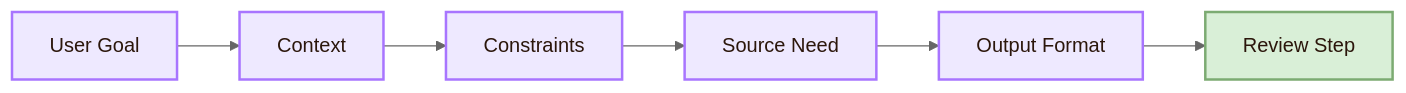
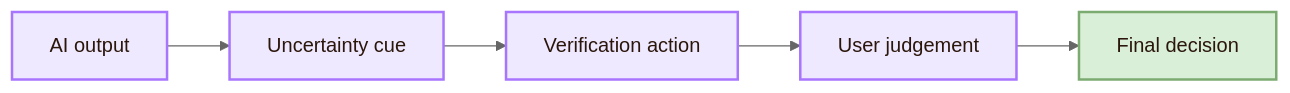
One commit to andreitegzes06-ui/CogniShire changed the fourth of 7 diagrams in 01_Core_Area_HCI/001_Subareas/05_Human_AI_Interaction/Activities/Design.md. Above: the diagram before and after it, drawn with Mermaid (neutral theme). The commit also changed other lines of this file and 131 other files, not shown here.

````diff
--- a/01_Core_Area_HCI/001_Subareas/05_Human_AI_Interaction/Activities/Design.md
+++ b/01_Core_Area_HCI/001_Subareas/05_Human_AI_Interaction/Activities/Design.md
@@ -298,14 +273,13 @@
 ```mermaid
 flowchart LR
-    A[User Goal] --> B[Context]
-    B --> C[Constraints]
-    C --> D[Source Need]
-    D --> E[Output Format]
-    E --> F[Review Step]
+    A[AI output] --> B[Uncertainty cue]
+    B --> C[Verification action]
+    C --> D[User judgement]
+    D --> E[Final decision]
 
     classDef node fill:#eee9ff,stroke:#a875ff,color:#2b160b,stroke-width:2px;
     classDef final fill:#d9efd7,stroke:#7cab72,color:#2b160b,stroke-width:2px;
 
-    class A,B,C,D,E node;
-    class F final;
+    class A,B,C,D node;
+    class E final;
 ```
````
